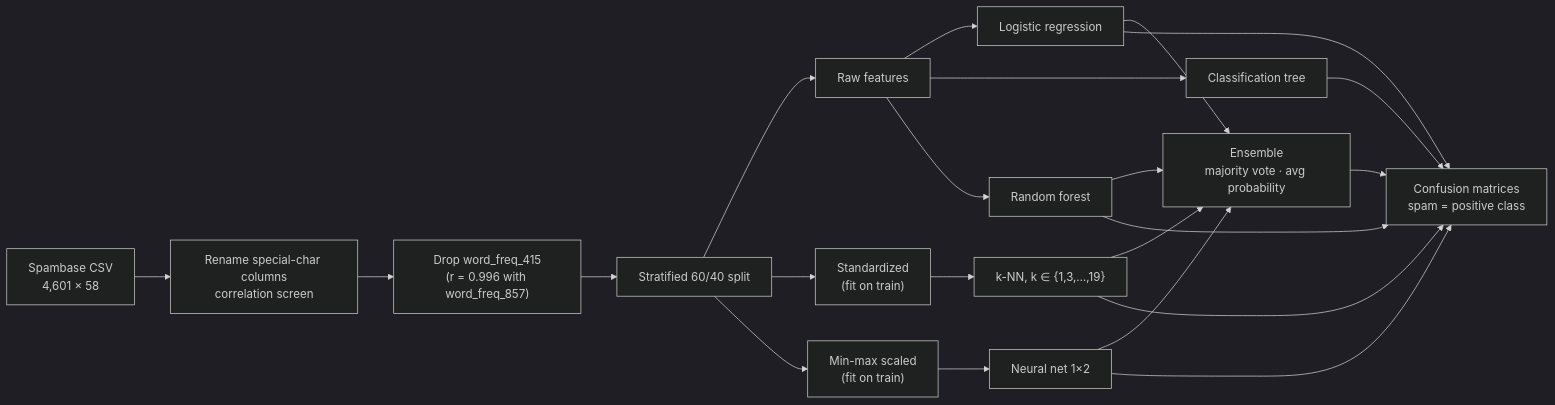
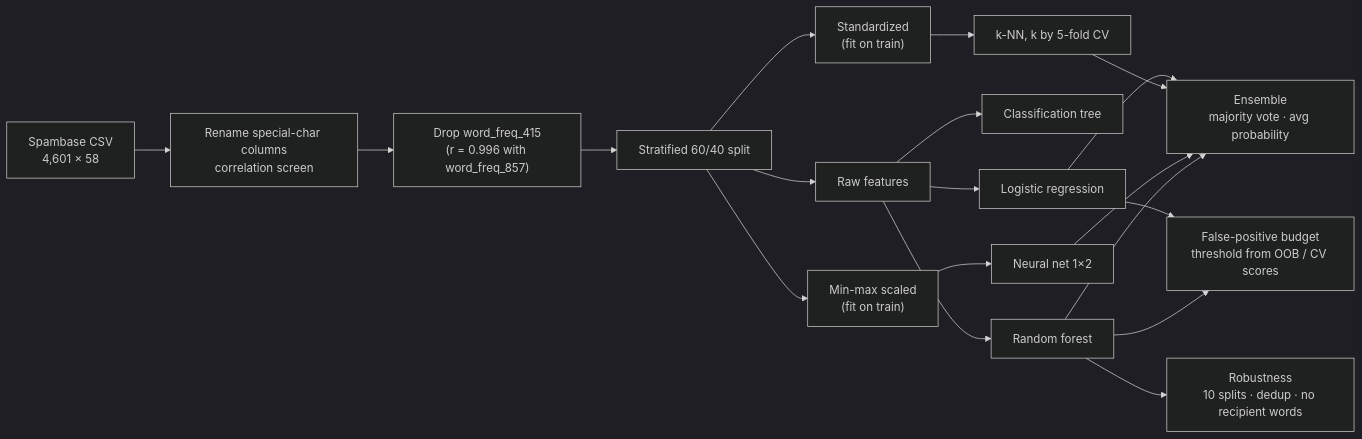
The diagram in README.md (casildata/email-spam-detection-ml), drawn with Mermaid (dark theme) before and after one commit. The commit also changed other lines of this file and 15 other files, not shown here.

````diff
--- a/README.md
+++ b/README.md
@@ -27,11 +33,12 @@
 ```mermaid
 flowchart LR
     A["Spambase CSV<br/>4,601 × 58"] --> B["Rename special-char columns<br/>correlation screen"]
     B --> C["Drop word_freq_415<br/>(r = 0.996 with word_freq_857)"]
     C --> D["Stratified 60/40 split"]
     D --> E1["Raw features"] --> M1["Logistic regression"] & M3["Classification tree"] & M5["Random forest"]
-    D --> E2["Standardized<br/>(fit on train)"] --> M2["k-NN, k ∈ {1,3,…,19}"]
+    D --> E2["Standardized<br/>(fit on train)"] --> M2["k-NN, k by 5-fold CV"]
     D --> E3["Min-max scaled<br/>(fit on train)"] --> M4["Neural net 1×2"]
     M1 & M2 & M4 & M5 --> F["Ensemble<br/>majority vote · avg probability"]
-    M1 & M2 & M3 & M4 & M5 & F --> G["Confusion matrices<br/>spam = positive class"]
+    M1 & M5 --> O["False-positive budget<br/>threshold from OOB / CV scores"]
+    M5 --> R["Robustness<br/>10 splits · dedup · no recipient words"]
 ```
````
